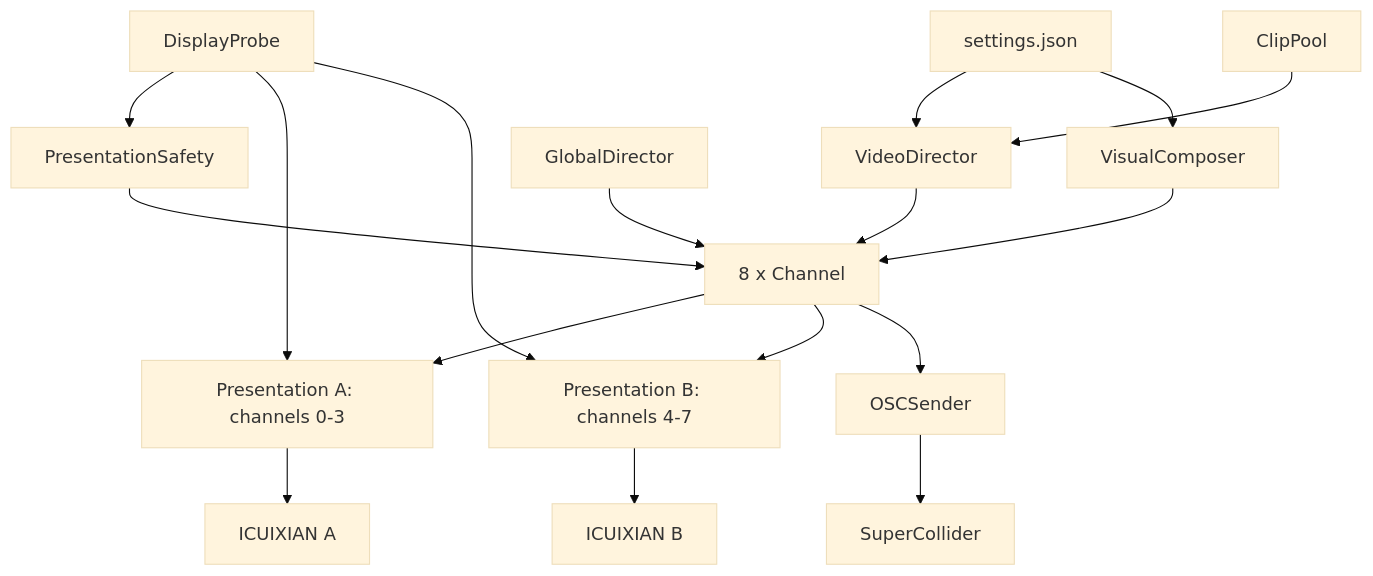
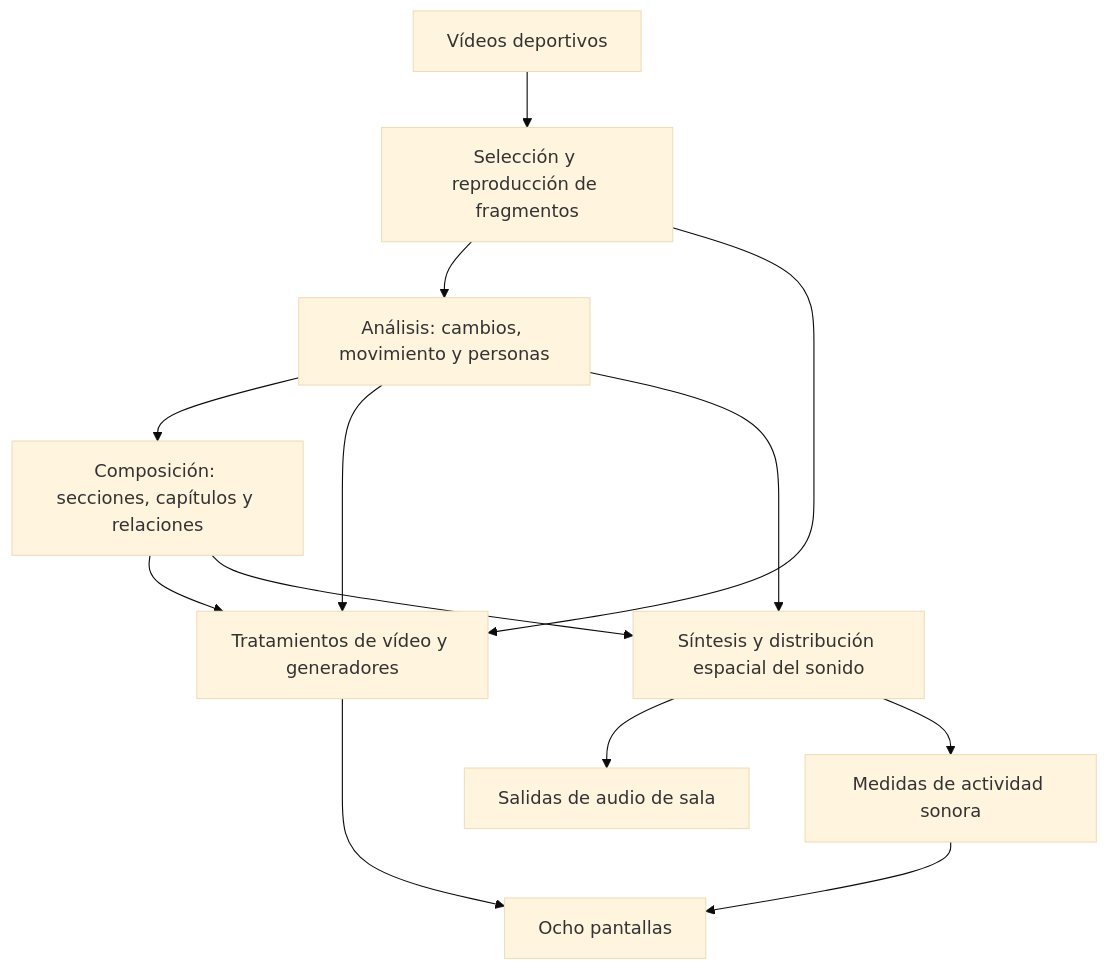
Before and after one commit to Lessnullvoid/Partitura_del_Juego: the diagram in README.md, drawn with Mermaid (base theme). The commit also changed other lines of this file and 16 other files, not shown here.

````diff
--- a/README.md
+++ b/README.md
@@ -62,19 +33,15 @@
 ```mermaid
-flowchart TB
-    Settings[settings.json] --> VideoDirector
-    Settings --> VisualComposer
-    DisplayProbe --> PresentationSafety
-    DisplayProbe --> WindowA
-    DisplayProbe --> WindowB
-    ClipPool --> VideoDirector
-    VideoDirector --> Channels["8 x Channel"]
-    VisualComposer --> Channels
-    GlobalDirector --> Channels
-    PresentationSafety --> Channels
-    Channels --> WindowA["Presentation A: channels 0-3"]
-    Channels --> WindowB["Presentation B: channels 4-7"]
-    WindowA --> ControllerA["ICUIXIAN A"]
-    WindowB --> ControllerB["ICUIXIAN B"]
-    Channels --> OSCSender
-    OSCSender --> SuperCollider
+flowchart TD
+    A["Vídeos deportivos"] --> B["Selección y reproducción de fragmentos"]
+    B --> C["Análisis: cambios, movimiento y personas"]
+    C --> D["Composición: secciones, capítulos y relaciones"]
+    D --> E["Tratamientos de vídeo y generadores"]
+    C --> E
+    B --> E
+    D --> F["Síntesis y distribución espacial del sonido"]
+    C --> F
+    E --> G["Ocho pantallas"]
+    F --> H["Salidas de audio de sala"]
+    F --> I["Medidas de actividad sonora"]
+    I --> G
 ```
````
